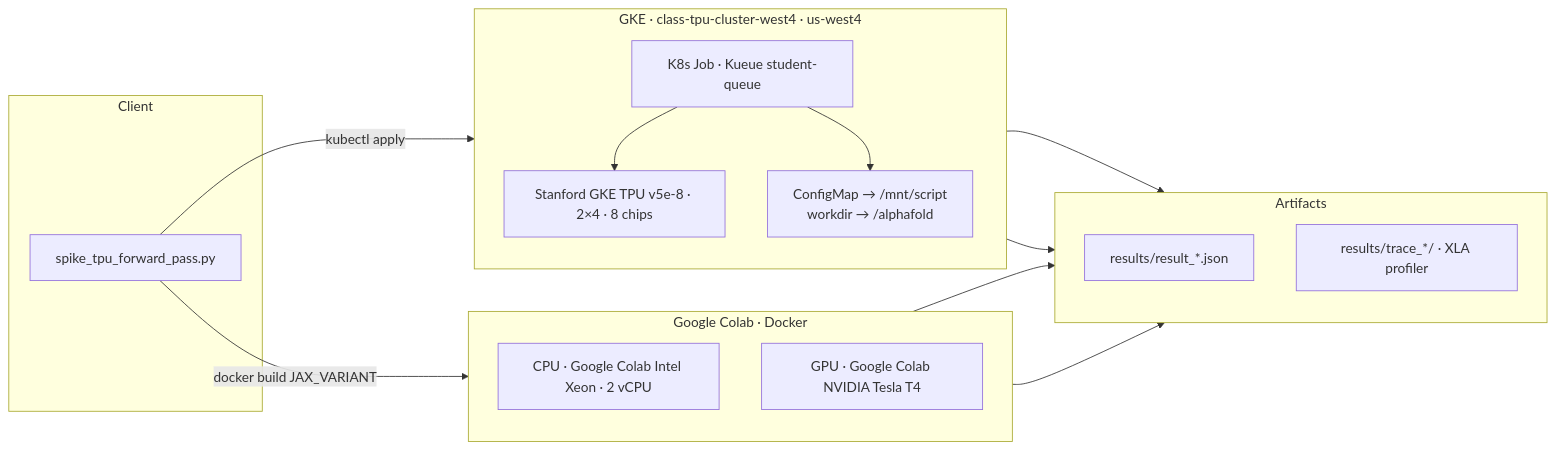
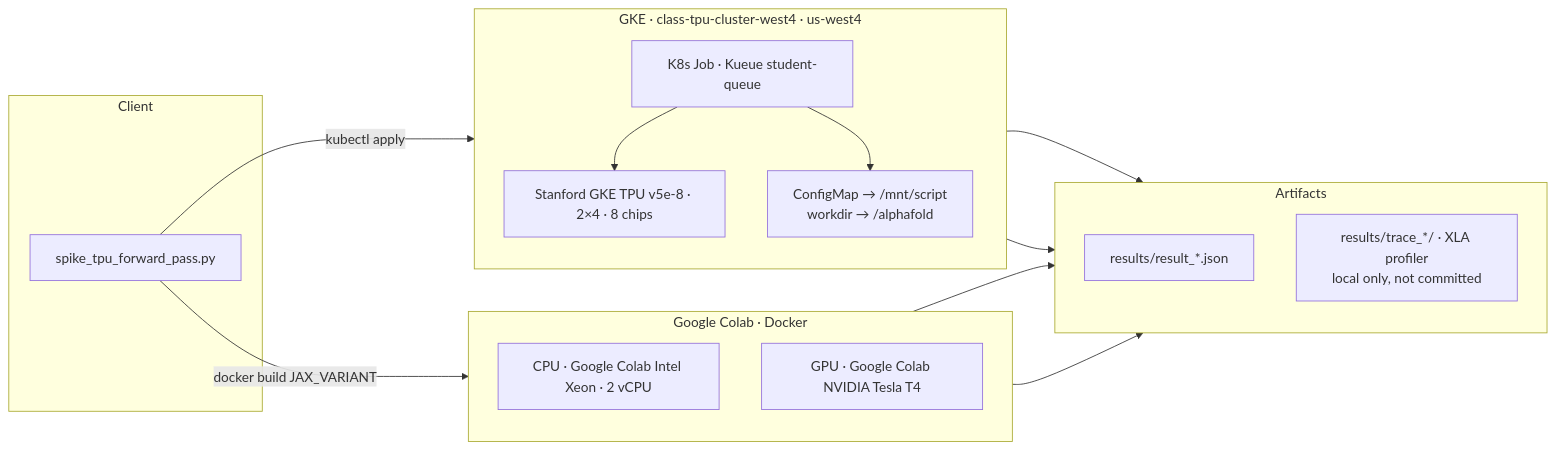
One commit to lorenzopazienza/alphafold-tpu-benchmark changed the first of 2 diagrams in README.md. Above: the diagram before and after it, drawn with Mermaid. The commit also changed other lines of this file and 5 other files, not shown here.

````diff
--- a/README.md
+++ b/README.md
@@ -114,34 +114,34 @@
 ```mermaid
 flowchart LR
   subgraph Client["Client"]
     S["spike_tpu_forward_pass.py"]
   end
 
   subgraph Local["Google Colab · Docker"]
     direction TB
     CPU["CPU · Google Colab Intel Xeon · 2 vCPU"]
     GPU["GPU · Google Colab NVIDIA Tesla T4"]
   end
 
   subgraph GKE["GKE · class-tpu-cluster-west4 · us-west4"]
     direction TB
     JOB["K8s Job · Kueue student-queue"]
     TPU["Stanford GKE TPU v5e-8 · 2×4 · 8 chips"]
     PATHS["ConfigMap → /mnt/script<br/>workdir → /alphafold"]
     JOB --> TPU
     JOB --> PATHS
   end
 
   subgraph Artifacts["Artifacts"]
     direction TB
     JSON["results/result_*.json"]
-    TRACE["results/trace_*/ · XLA profiler"]
+    TRACE["results/trace_*/ · XLA profiler<br/>local only, not committed"]
   end
 
   S -->|"docker build JAX_VARIANT"| Local
   S -->|"kubectl apply"| JOB
   CPU --> JSON
   GPU --> JSON
   TPU --> JSON
   TPU --> TRACE
 ```
````
